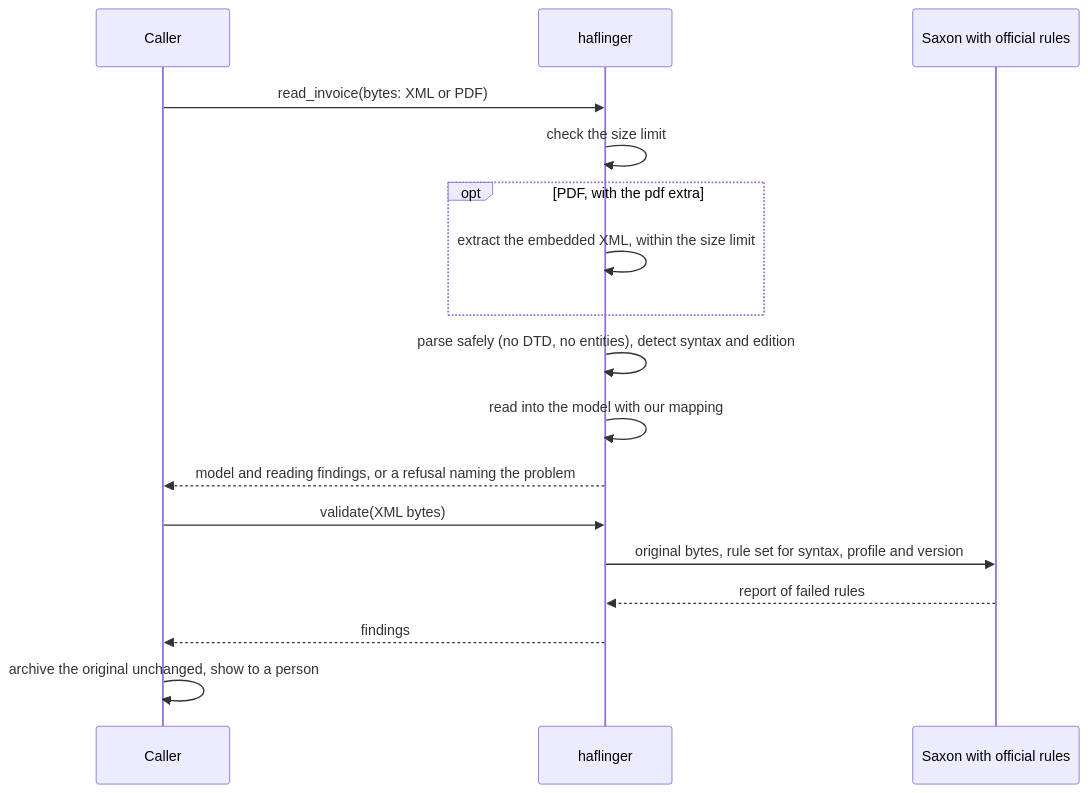
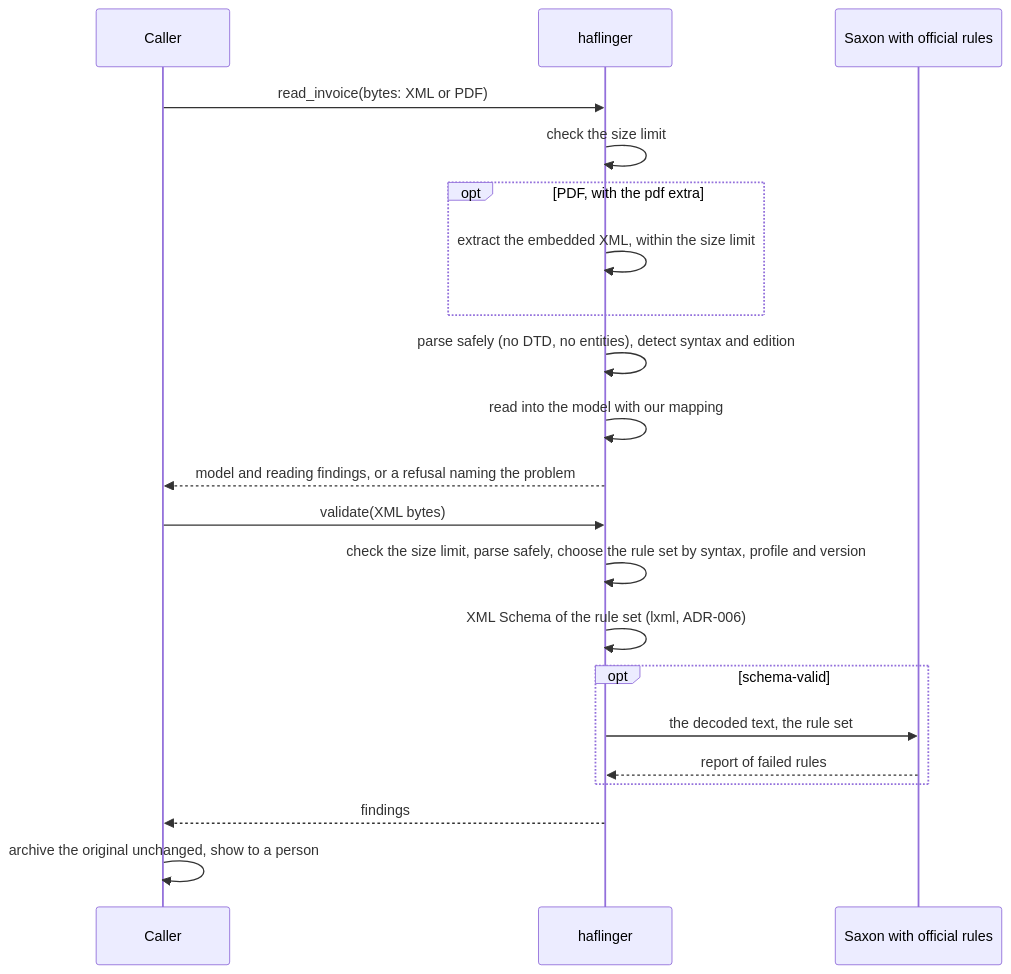
One commit to Interlusion/haflinger changed the third of 5 diagrams in docs/arc42/README.md. Above: the diagram before and after it, drawn with Mermaid. The commit also changed other lines of this file and 21 other files, not shown here.

````diff
--- a/docs/arc42/README.md
+++ b/docs/arc42/README.md
@@ -147,19 +148,23 @@
 ```mermaid
 sequenceDiagram
     participant A as Caller
     participant H as haflinger
     participant S as Saxon with official rules
     A->>H: read_invoice(bytes: XML or PDF)
     H->>H: check the size limit
     opt PDF, with the pdf extra
         H->>H: extract the embedded XML, within the size limit
     end
     H->>H: parse safely (no DTD, no entities), detect syntax and edition
     H->>H: read into the model with our mapping
     H-->>A: model and reading findings, or a refusal naming the problem
     A->>H: validate(XML bytes)
-    H->>S: original bytes, rule set for syntax, profile and version
-    S-->>H: report of failed rules
+    H->>H: check the size limit, parse safely, choose the rule set by syntax, profile and version
+    H->>H: XML Schema of the rule set (lxml, ADR-006)
+    opt schema-valid
+        H->>S: the decoded text, the rule set
+        S-->>H: report of failed rules
+    end
     H-->>A: findings
     A->>A: archive the original unchanged, show to a person
 ```
````
